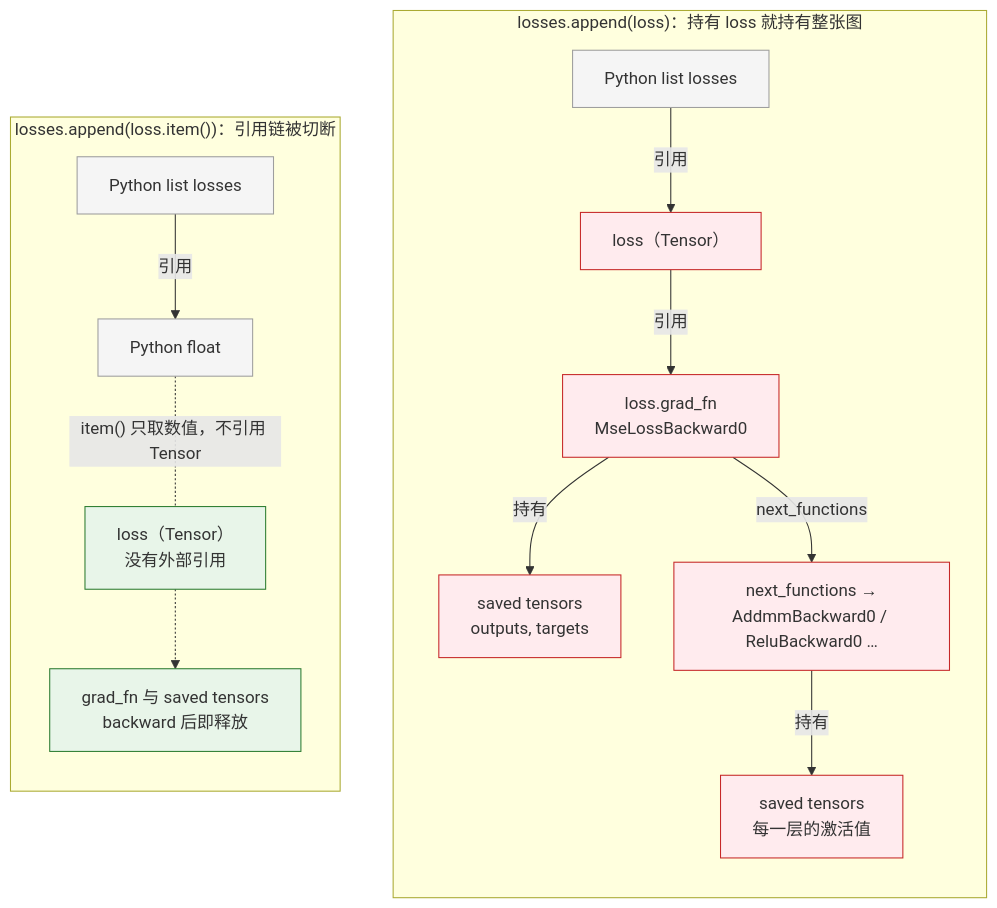
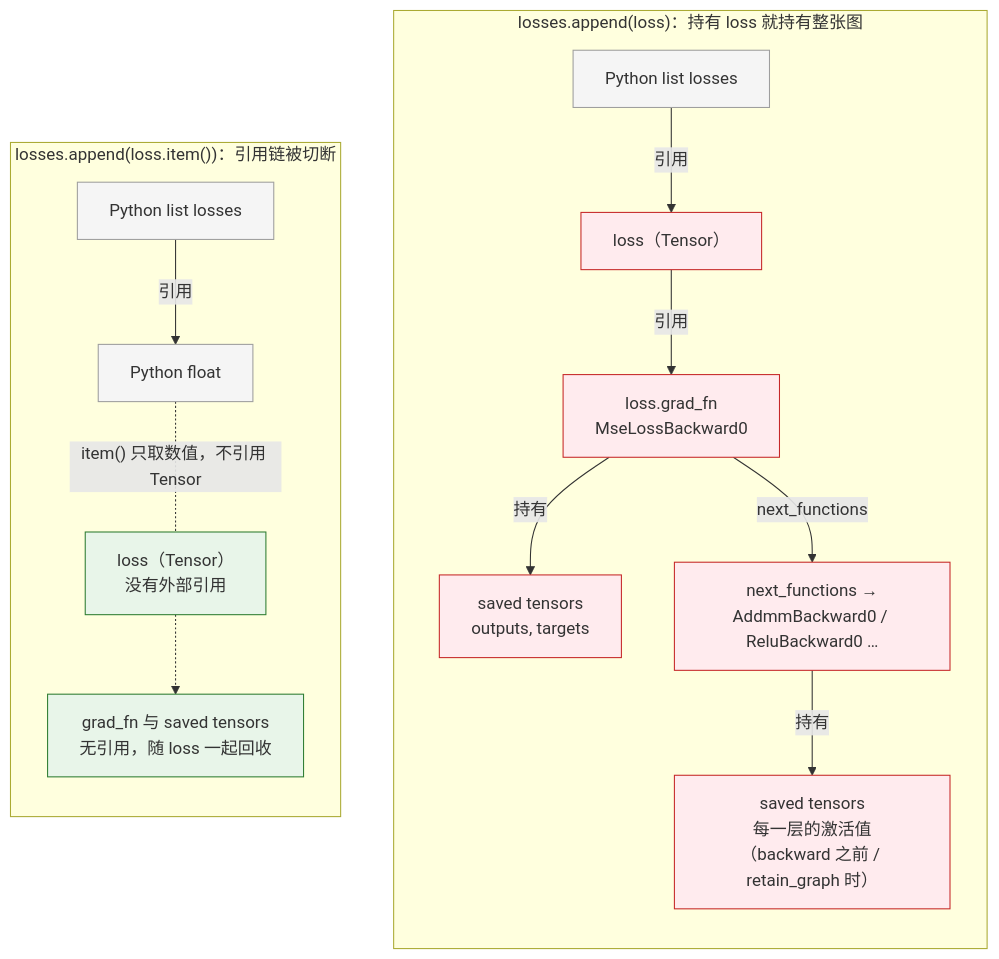
The second of 4 diagrams in _posts/2026-02-19-pytorch-autograd-and-dynamic-computation-graph.md (arganzheng/arganzheng.github.com), drawn with Mermaid before and after one commit. The commit also changed other lines of this file and 10 other files, not shown here.

````diff
--- a/_posts/2026-02-19-pytorch-autograd-and-dynamic-computation-graph.md
+++ b/_posts/2026-02-19-pytorch-autograd-and-dynamic-computation-graph.md
@@ -678,33 +690,33 @@
 ```mermaid
 flowchart TB
     subgraph keep["losses.append(loss)：持有 loss 就持有整张图"]
         direction TB
         k_list["Python list losses"]
         k_loss["loss（Tensor）"]
         k_fn["loss.grad_fn<br/>MseLossBackward0"]
         k_sv1["saved tensors<br/>outputs, targets"]
         k_fn2["next_functions →<br/>AddmmBackward0 / ReluBackward0 …"]
-        k_sv2["saved tensors<br/>每一层的激活值"]
+        k_sv2["saved tensors<br/>每一层的激活值<br/>（backward 之前 / retain_graph 时）"]
         k_list -->|"引用"| k_loss
         k_loss -->|"引用"| k_fn
         k_fn -->|"持有"| k_sv1
         k_fn -->|"next_functions"| k_fn2
         k_fn2 -->|"持有"| k_sv2
     end
     subgraph free["losses.append(loss.item())：引用链被切断"]
         direction TB
         f_list["Python list losses"]
         f_val["Python float"]
         f_loss["loss（Tensor）<br/>没有外部引用"]
-        f_graph["grad_fn 与 saved tensors<br/>backward 后即释放"]
+        f_graph["grad_fn 与 saved tensors<br/>无引用，随 loss 一起回收"]
         f_list -->|"引用"| f_val
         f_val -.-|"item() 只取数值，不引用 Tensor"| f_loss
         f_loss -.-> f_graph
     end
     classDef retained fill:#ffebee,stroke:#c62828;
     classDef released fill:#e8f5e9,stroke:#2e7d32;
     classDef plain fill:#f5f5f5,stroke:#9e9e9e;
     class k_loss,k_fn,k_sv1,k_fn2,k_sv2 retained;
     class f_loss,f_graph released;
     class k_list,f_list,f_val plain;
 ```
````
